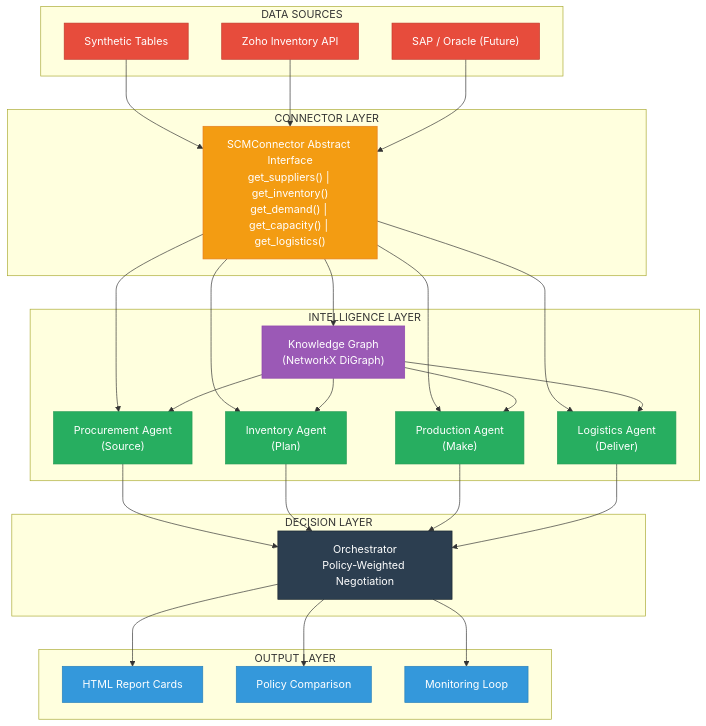
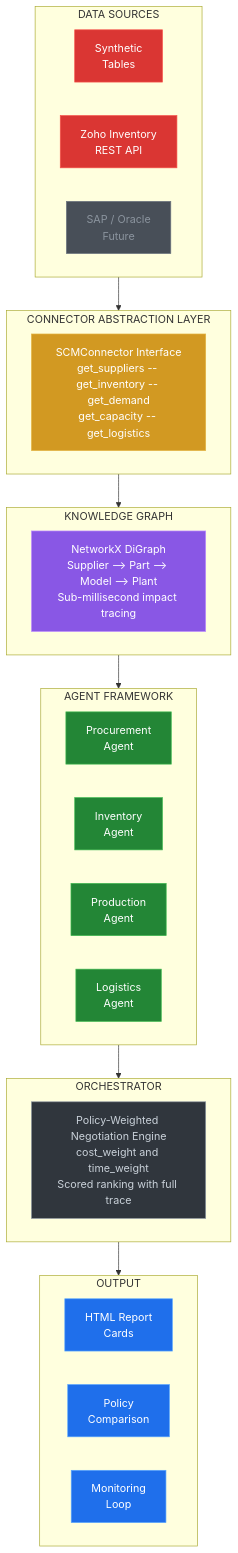
One commit to santhoshkrishnan-M/SCM-connector changed the second of 13 diagrams in README.md. Above: the diagram before and after it, drawn with Mermaid. The commit also changed other lines of this file, not shown here.

````diff
--- a/README.md
+++ b/README.md
@@ -109,51 +94,46 @@
 ```mermaid
 graph TB
-    subgraph "DATA SOURCES"
-        S1["Synthetic Tables"]
-        S2["Zoho Inventory API"]
-        S3["SAP / Oracle (Future)"]
+    subgraph SOURCES["DATA SOURCES"]
+        direction LR
+        S1["Synthetic<br/>Tables"]:::red
+        S2["Zoho Inventory<br/>REST API"]:::red
+        S3["SAP / Oracle<br/>Future"]:::grey
     end
 
-    subgraph "CONNECTOR LAYER"
-        CL["SCMConnector Abstract Interface<br/>get_suppliers() | get_inventory()<br/>get_demand() | get_capacity() | get_logistics()"]
+    subgraph CONNECTOR["CONNECTOR ABSTRACTION LAYER"]
+        CL["SCMConnector Interface<br/>get_suppliers -- get_inventory -- get_demand<br/>get_capacity -- get_logistics"]:::orange
     end
 
-    subgraph "INTELLIGENCE LAYER"
-        KG["Knowledge Graph<br/>(NetworkX DiGraph)"]
-        PA["Procurement Agent<br/>(Source)"]
-        IA["Inventory Agent<br/>(Plan)"]
-        PRA["Production Agent<br/>(Make)"]
-        LA["Logistics Agent<br/>(Deliver)"]
+    subgraph GRAPH["KNOWLEDGE GRAPH"]
+        KG["NetworkX DiGraph<br/>Supplier --> Part --> Model --> Plant<br/>Sub-millisecond impact tracing"]:::purple
     end
 
-    subgraph "DECISION LAYER"
-        OR["Orchestrator<br/>Policy-Weighted Negotiation"]
+    subgraph AGENTS["AGENT FRAMEWORK"]
+        direction LR
+        PA["Procurement<br/>Agent"]:::green
+        IA["Inventory<br/>Agent"]:::green
+        PRA["Production<br/>Agent"]:::green
+        LA["Logistics<br/>Agent"]:::green
     end
 
-    subgraph "OUTPUT LAYER"
-        RC["HTML Report Cards"]
-        PC["Policy Comparison"]
-        ML["Monitoring Loop"]
+    subgraph DECISION["ORCHESTRATOR"]
+        OR["Policy-Weighted Negotiation Engine<br/>cost_weight and time_weight<br/>Scored ranking with full trace"]:::dark
     end
 
-    S1 & S2 & S3 --> CL
-    CL --> KG
-    CL --> PA & IA & PRA & LA
-    KG --> PA & IA & PRA & LA
-    PA & IA & PRA & LA --> OR
-    OR --> RC & PC & ML
+    subgraph OUTPUT["OUTPUT"]
+        direction LR
+        RC["HTML Report<br/>Cards"]:::blue
+        PC["Policy<br/>Comparison"]:::blue
+        ML["Monitoring<br/>Loop"]:::blue
+    end
 
-    style S1 fill:#e74c3c,stroke:#c0392b,color:#fff
-    style S2 fill:#e74c3c,stroke:#c0392b,color:#fff
-    style S3 fill:#e74c3c,stroke:#c0392b,color:#fff
-    style CL fill:#f39c12,stroke:#e67e22,color:#fff
-    style KG fill:#9b59b6,stroke:#8e44ad,color:#fff
-    style PA fill:#27ae60,stroke:#229954,color:#fff
-    style IA fill:#27ae60,stroke:#229954,color:#fff
-    style PRA fill:#27ae60,stroke:#229954,color:#fff
-    style LA fill:#27ae60,stroke:#229954,color:#fff
-    style OR fill:#2c3e50,stroke:#1a252f,color:#fff
-    style RC fill:#3498db,stroke:#2980b9,color:#fff
-    style PC fill:#3498db,stroke:#2980b9,color:#fff
-    style ML fill:#3498db,stroke:#2980b9,color:#fff
+    SOURCES --> CONNECTOR --> GRAPH --> AGENTS --> DECISION --> OUTPUT
+
+    classDef red fill:#da3633,stroke:#f85149,color:#fff
+    classDef orange fill:#d29922,stroke:#e3b341,color:#fff
+    classDef purple fill:#8957e5,stroke:#bc8cff,color:#fff
+    classDef green fill:#238636,stroke:#3fb950,color:#fff
+    classDef dark fill:#30363d,stroke:#8b949e,color:#c9d1d9
+    classDef blue fill:#1f6feb,stroke:#58a6ff,color:#fff
+    classDef grey fill:#484f58,stroke:#6e7681,color:#8b949e
 ```
````
